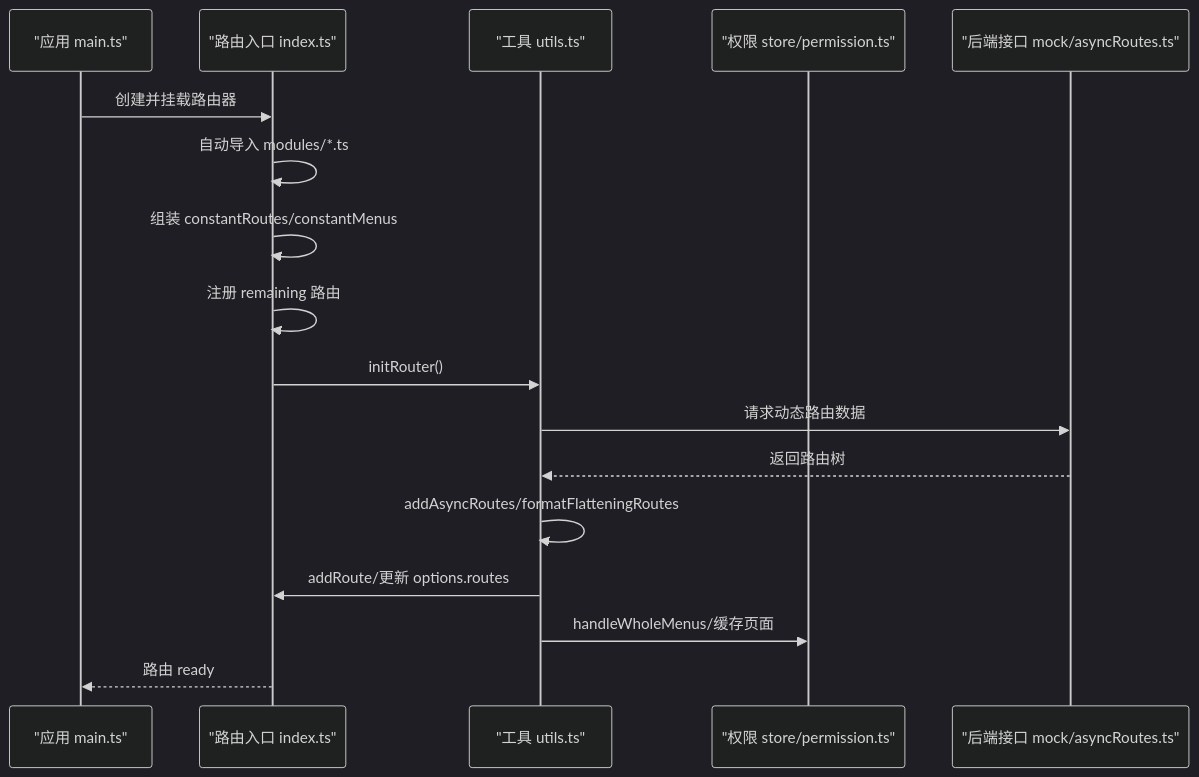
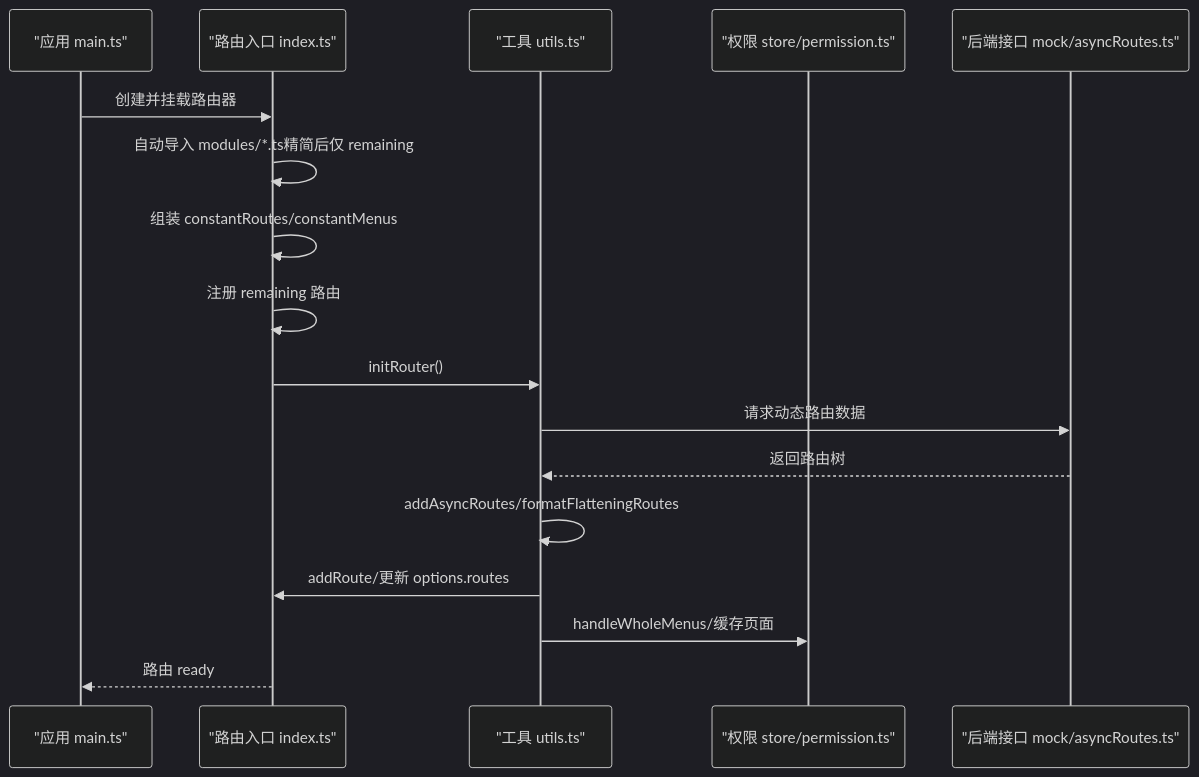
One commit to taoweidong/Hello-FastApi changed the second of 9 diagrams in .qoder/repowiki/zh/content/前端架构设计/路由系统.md. Above: the diagram before and after it, drawn with Mermaid (dark theme). The commit also changed other lines of this file and 9 other files, not shown here.

````diff
--- a/.qoder/repowiki/zh/content/前端架构设计/路由系统.md
+++ b/.qoder/repowiki/zh/content/前端架构设计/路由系统.md
@@ -97,19 +93,19 @@
 ```mermaid
 sequenceDiagram
 participant App as "应用 main.ts"
 participant Router as "路由入口 index.ts"
 participant Utils as "工具 utils.ts"
 participant Store as "权限 store/permission.ts"
 participant Mock as "后端接口 mock/asyncRoutes.ts"
 App->>Router : 创建并挂载路由器
-Router->>Router : 自动导入 modules/*.ts
+Router->>Router : 自动导入 modules/*.ts精简后仅 remaining
 Router->>Router : 组装 constantRoutes/constantMenus
 Router->>Router : 注册 remaining 路由
 Router->>Utils : initRouter()
 Utils->>Mock : 请求动态路由数据
 Mock-->>Utils : 返回路由树
 Utils->>Utils : addAsyncRoutes/formatFlatteningRoutes
 Utils->>Router : addRoute/更新 options.routes
 Utils->>Store : handleWholeMenus/缓存页面
 Router-->>App : 路由 ready
 ```
````
